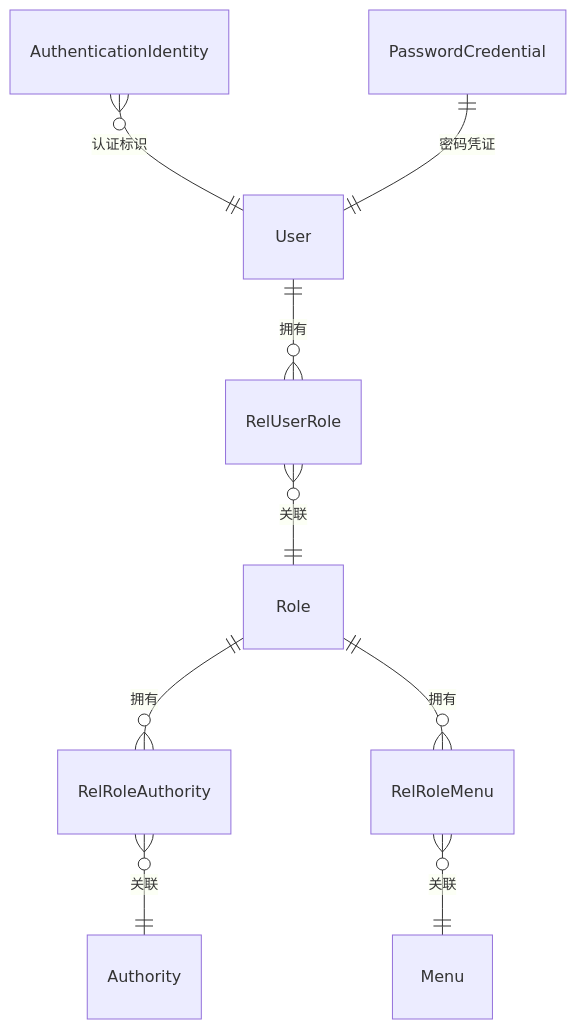
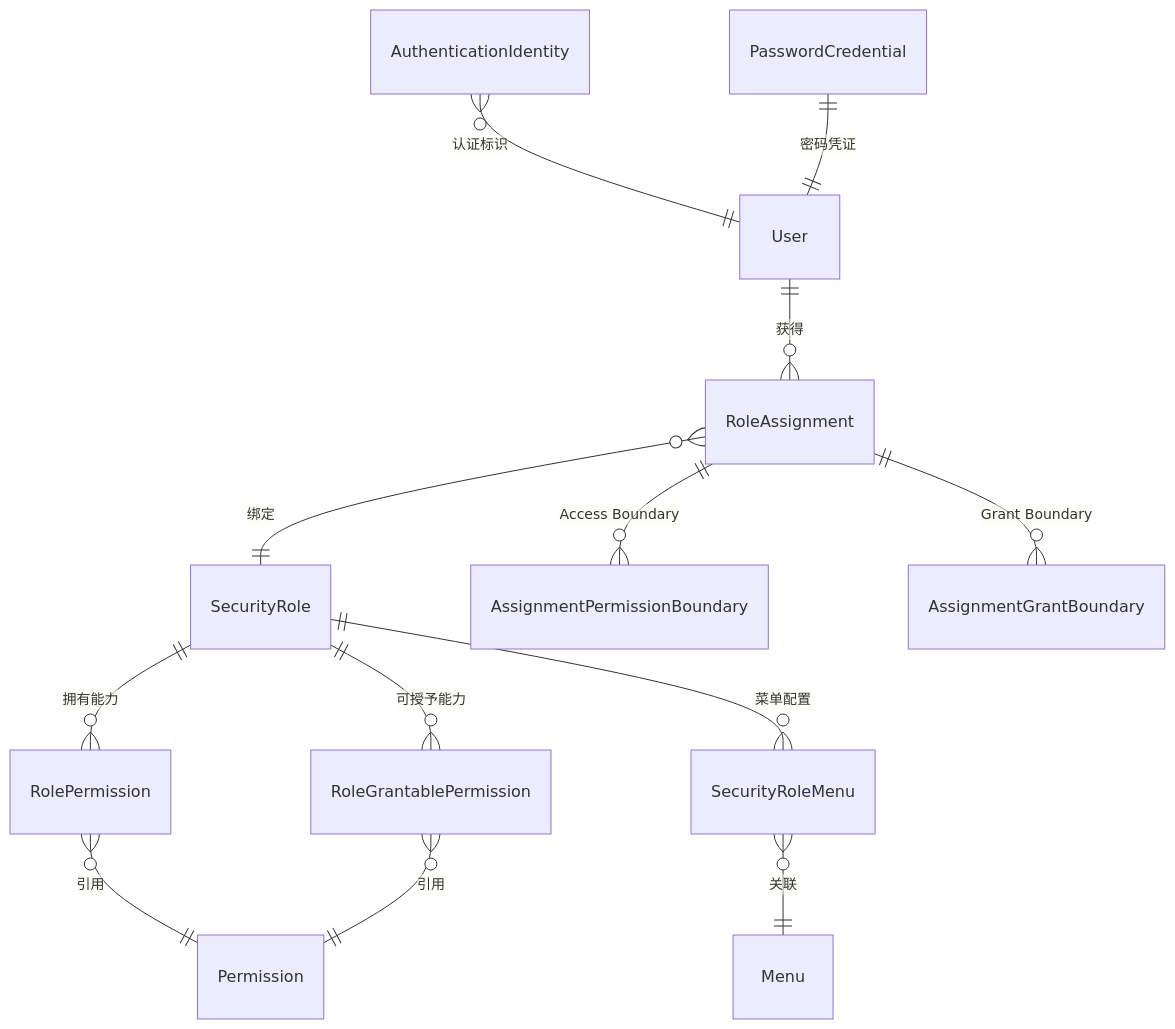
One commit to yangxj96/spectra-docs changed the diagram in docs/10-后端/20-用户与权限.md. Above: the diagram before and after it, drawn with Mermaid. The commit also changed other lines of this file and 10 other files, not shown here.

````diff
--- a/docs/10-后端/20-用户与权限.md
+++ b/docs/10-后端/20-用户与权限.md
@@ -14,11 +14,15 @@
 ```mermaid
 erDiagram
     AuthenticationIdentity }o--|| User : "认证标识"
     PasswordCredential ||--|| User : "密码凭证"
-    User ||--o{ RelUserRole : "拥有"
-    RelUserRole }o--|| Role : "关联"
-    Role ||--o{ RelRoleAuthority : "拥有"
-    RelRoleAuthority }o--|| Authority : "关联"
-    Role ||--o{ RelRoleMenu : "拥有"
-    RelRoleMenu }o--|| Menu : "关联"
+    User ||--o{ RoleAssignment : "获得"
+    RoleAssignment }o--|| SecurityRole : "绑定"
+    SecurityRole ||--o{ RolePermission : "拥有能力"
+    RolePermission }o--|| Permission : "引用"
+    SecurityRole ||--o{ RoleGrantablePermission : "可授予能力"
+    RoleGrantablePermission }o--|| Permission : "引用"
+    RoleAssignment ||--o{ AssignmentPermissionBoundary : "Access Boundary"
+    RoleAssignment ||--o{ AssignmentGrantBoundary : "Grant Boundary"
+    SecurityRole ||--o{ SecurityRoleMenu : "菜单配置"
+    SecurityRoleMenu }o--|| Menu : "关联"
 ```
````
